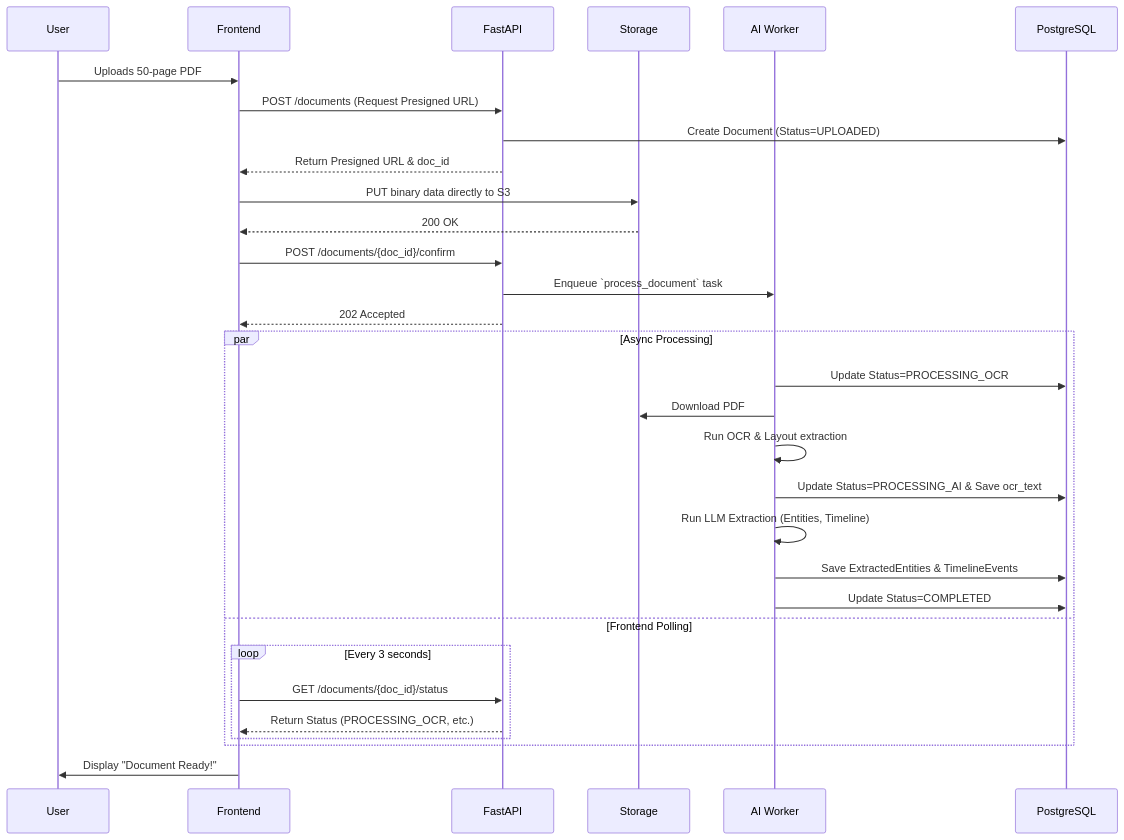
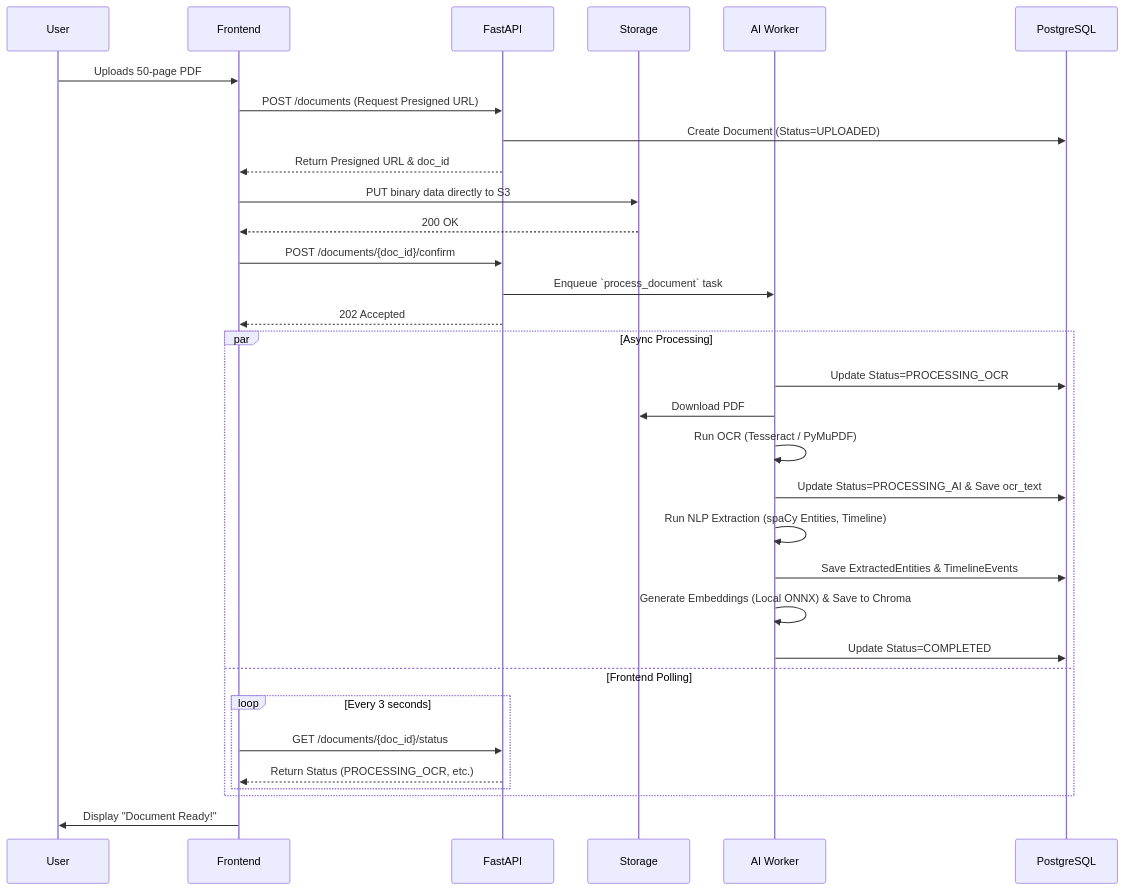
One commit to aniketsahu007/Jurisassist- changed the second of 3 diagrams in docs/architecture.md. Above: the diagram before and after it, drawn with Mermaid. The commit also changed other lines of this file and 41 other files, not shown here.

````diff
--- a/docs/architecture.md
+++ b/docs/architecture.md
@@ -30,38 +30,39 @@
 ```mermaid
 sequenceDiagram
     participant User
     participant React as Frontend
     participant API as FastAPI
     participant S3 as Storage
     participant Celery as AI Worker
     participant PG as PostgreSQL
 
     User->>React: Uploads 50-page PDF
     React->>API: POST /documents (Request Presigned URL)
     API->>PG: Create Document (Status=UPLOADED)
     API-->>React: Return Presigned URL & doc_id
 
     React->>S3: PUT binary data directly to S3
     S3-->>React: 200 OK
 
     React->>API: POST /documents/{doc_id}/confirm
     API->>Celery: Enqueue `process_document` task
     API-->>React: 202 Accepted
 
     par Async Processing
         Celery->>PG: Update Status=PROCESSING_OCR
         Celery->>S3: Download PDF
-        Celery->>Celery: Run OCR & Layout extraction
+        Celery->>Celery: Run OCR (Tesseract / PyMuPDF)
         Celery->>PG: Update Status=PROCESSING_AI & Save ocr_text
-        Celery->>Celery: Run LLM Extraction (Entities, Timeline)
+        Celery->>Celery: Run NLP Extraction (spaCy Entities, Timeline)
         Celery->>PG: Save ExtractedEntities & TimelineEvents
+        Celery->>Celery: Generate Embeddings (Local ONNX) & Save to Chroma
         Celery->>PG: Update Status=COMPLETED
     and Frontend Polling
         loop Every 3 seconds
             React->>API: GET /documents/{doc_id}/status
             API-->>React: Return Status (PROCESSING_OCR, etc.)
         end
     end
 
     React->>User: Display "Document Ready!"
 ```
````
